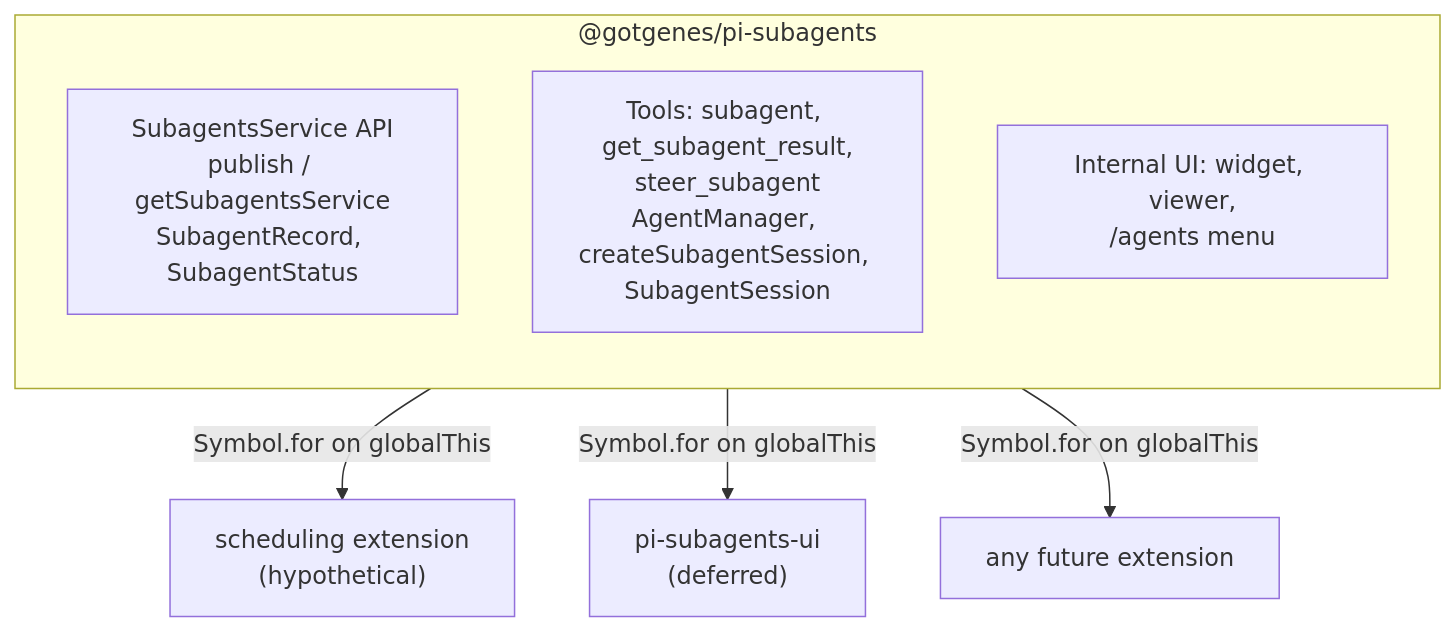
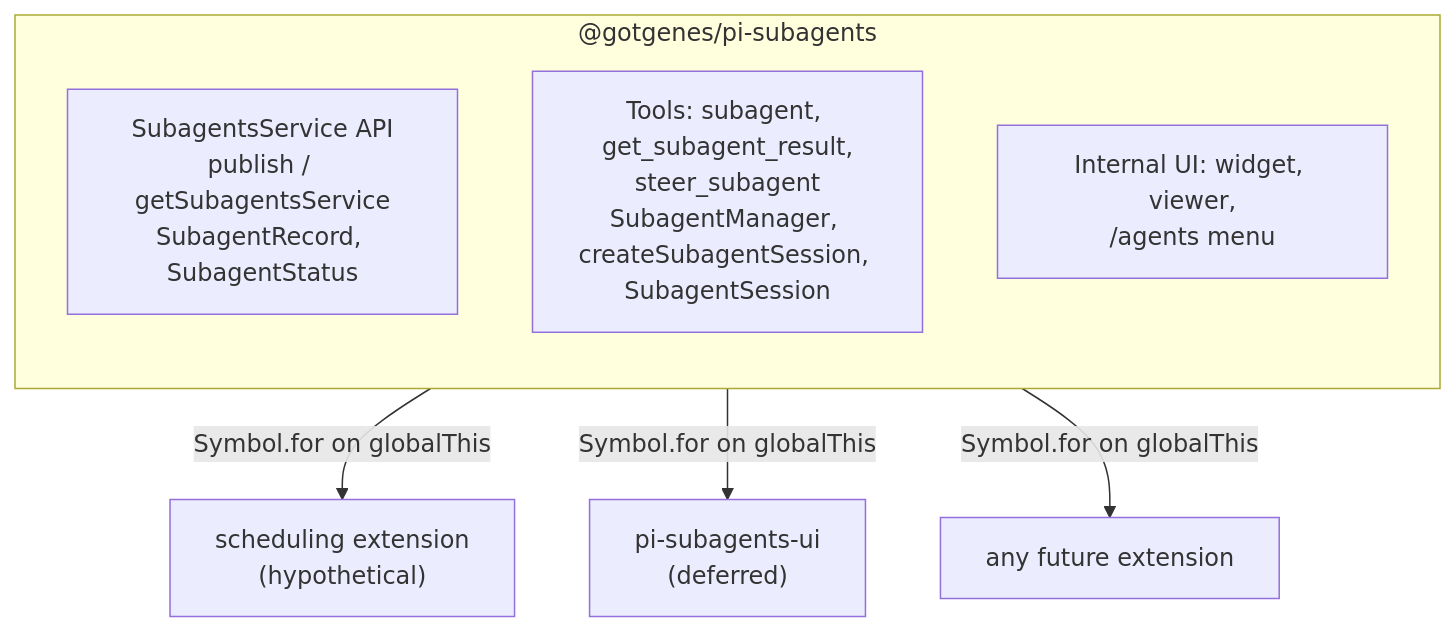
The fifth of 5 diagrams in packages/pi-subagents/docs/architecture/architecture.md (NicoSenerman/pi-packages), drawn with Mermaid before and after one commit. The commit also changed other lines of this file and 1 other file, not shown here.

First line of the commit message:
docs: update architecture and skill docs for Subagent rename (#280)

````diff
--- a/packages/pi-subagents/docs/architecture/architecture.md
+++ b/packages/pi-subagents/docs/architecture/architecture.md
@@ -341,13 +341,13 @@
 ```mermaid
 flowchart TD
     subgraph core["@gotgenes/pi-subagents"]
         direction TB
         exports["SubagentsService API<br/>publish / getSubagentsService<br/>SubagentRecord, SubagentStatus"]
-        engine["Tools: subagent, get_subagent_result,<br/>steer_subagent<br/>AgentManager, createSubagentSession, SubagentSession"]
+        engine["Tools: subagent, get_subagent_result,<br/>steer_subagent<br/>SubagentManager, createSubagentSession, SubagentSession"]
         ui_int["Internal UI: widget, viewer,<br/>/agents menu"]
     end
 
     core -- "Symbol.for on globalThis" --> sched["scheduling extension<br/>(hypothetical)"]
     core -- "Symbol.for on globalThis" --> subui["pi-subagents-ui<br/>(deferred)"]
     core -- "Symbol.for on globalThis" --> future["any future extension"]
 ```
````
